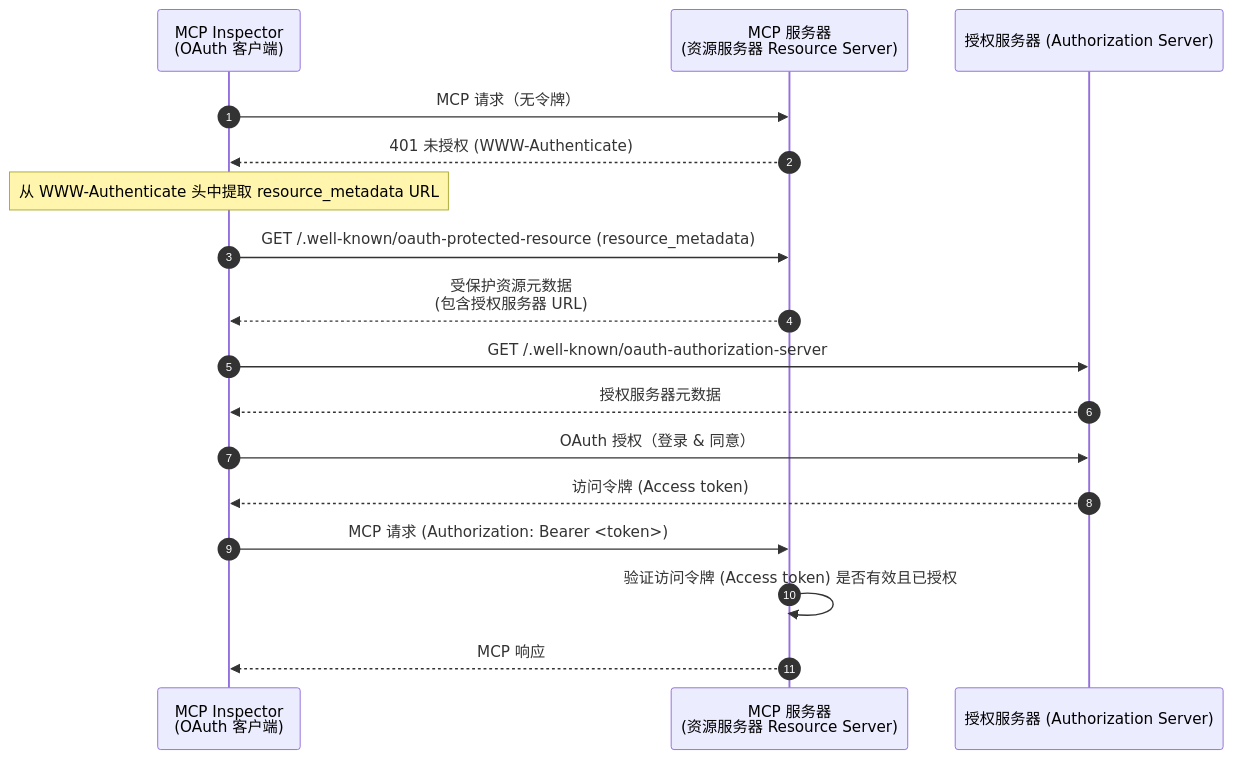
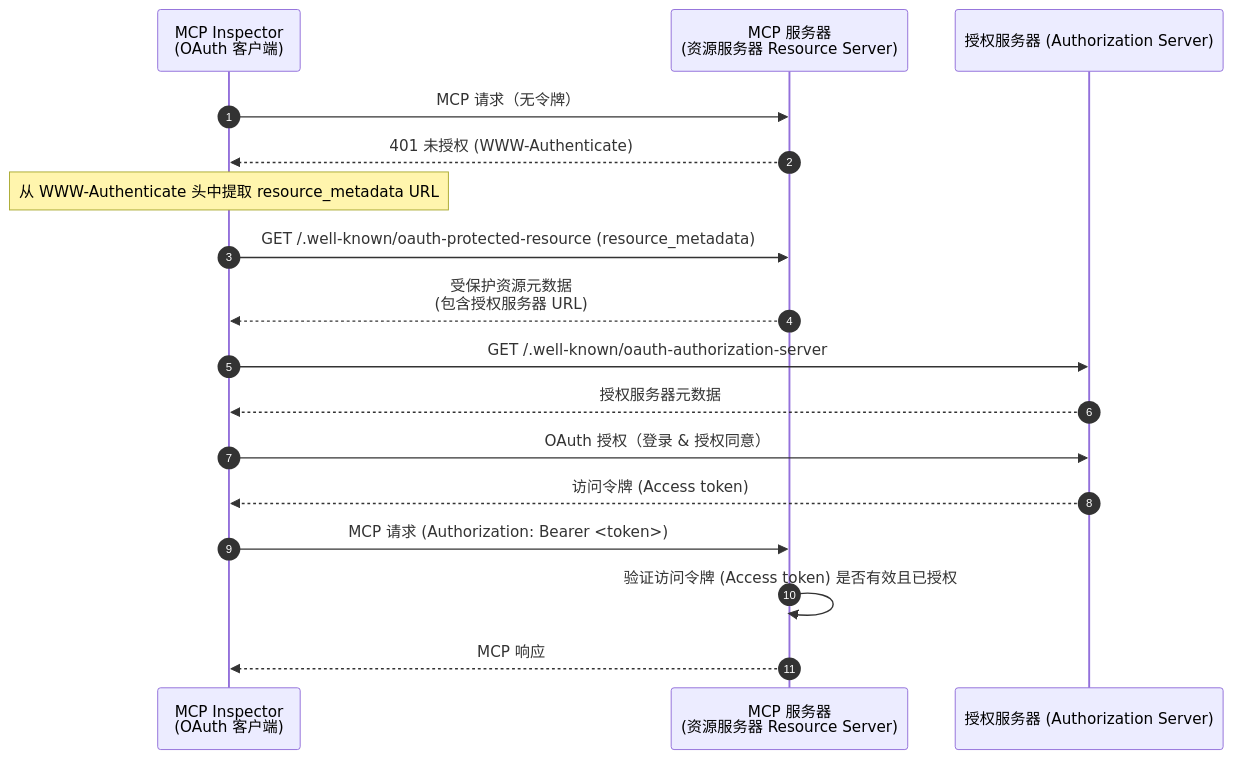
One commit to mcp-auth/docs changed the first of 2 diagrams in i18n/zh-CN/docusaurus-plugin-content-docs/current/tutorials/todo-manager/README.mdx. Above: the diagram before and after it, drawn with Mermaid. The commit also changed other lines of this file and 53 other files, not shown here.

````diff
--- a/i18n/zh-CN/docusaurus-plugin-content-docs/current/tutorials/todo-manager/README.mdx
+++ b/i18n/zh-CN/docusaurus-plugin-content-docs/current/tutorials/todo-manager/README.mdx
@@ -36,23 +39,23 @@
 ```mermaid
 sequenceDiagram
   autonumber
   participant Client as MCP Inspector<br/>(OAuth 客户端)
   participant RS as MCP 服务器<br/>(资源服务器 Resource Server)
   participant AS as 授权服务器 (Authorization Server)
 
   Client->>RS: MCP 请求（无令牌）
   RS-->>Client: 401 未授权 (WWW-Authenticate)
   Note over Client: 从 WWW-Authenticate 头中提取 resource_metadata URL
 
   Client->>RS: GET /.well-known/oauth-protected-resource (resource_metadata)
   RS-->>Client: 受保护资源元数据<br/>(包含授权服务器 URL)
 
   Client->>AS: GET /.well-known/oauth-authorization-server
   AS-->>Client: 授权服务器元数据
-  Client->>AS: OAuth 授权（登录 & 同意）
+  Client->>AS: OAuth 授权（登录 & 授权同意）
   AS-->>Client: 访问令牌 (Access token)
 
   Client->>RS: MCP 请求 (Authorization: Bearer <token>)
   RS->>RS: 验证访问令牌 (Access token) 是否有效且已授权
   RS-->>Client: MCP 响应
 ```
````
